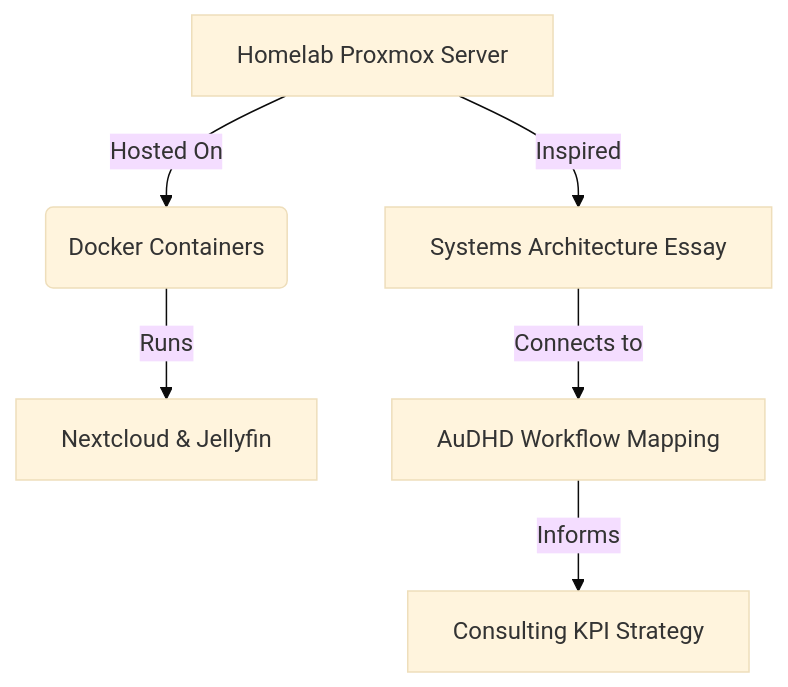
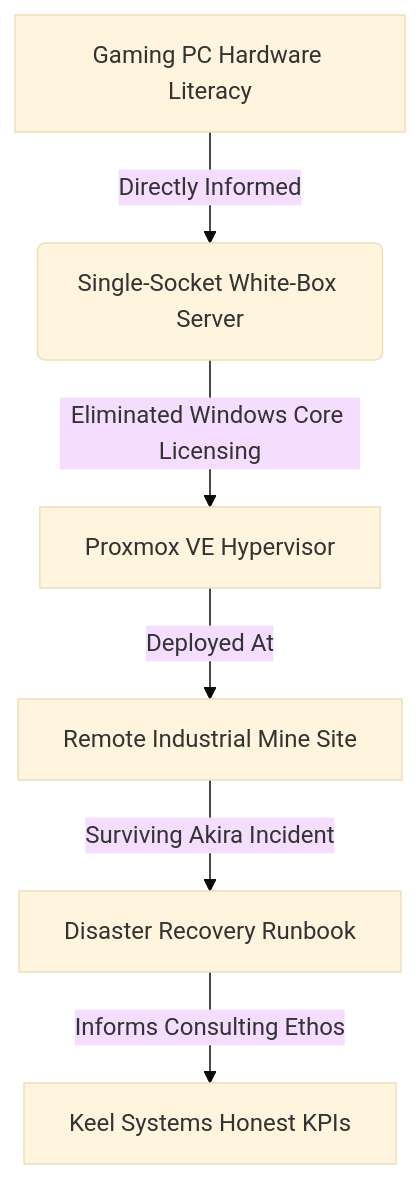
One commit to thomster-git/foolery changed the second of 2 diagrams in content/articles/manifesto.md. Above: the diagram before and after it, drawn with Mermaid (base theme). The commit also changed other lines of this file and 19 other files, not shown here.

````diff
--- a/content/articles/manifesto.md
+++ b/content/articles/manifesto.md
@@ -54,8 +96,8 @@
 ```mermaid
 graph TD
-    A[Homelab Proxmox Server] -->|Hosted On| B(Docker Containers)
-    B -->|Runs| C[Nextcloud & Jellyfin]
-    A -->|Inspired| D[Systems Architecture Essay]
-    D -->|Connects to| E[AuDHD Workflow Mapping]
-    E -->|Informs| F[Consulting KPI Strategy]
+    A[Gaming PC Hardware Literacy] -->|Directly Informed| B(Single-Socket White-Box Server)
+    B -->|Eliminated Windows Core Licensing| C[Proxmox VE Hypervisor]
+    C -->|Deployed At| D[Remote Industrial Mine Site]
+    D -->|Surviving Akira Incident| E[Disaster Recovery Runbook]
+    E -->|Informs Consulting Ethos| F[Keel Systems Honest KPIs]
 ```
````
